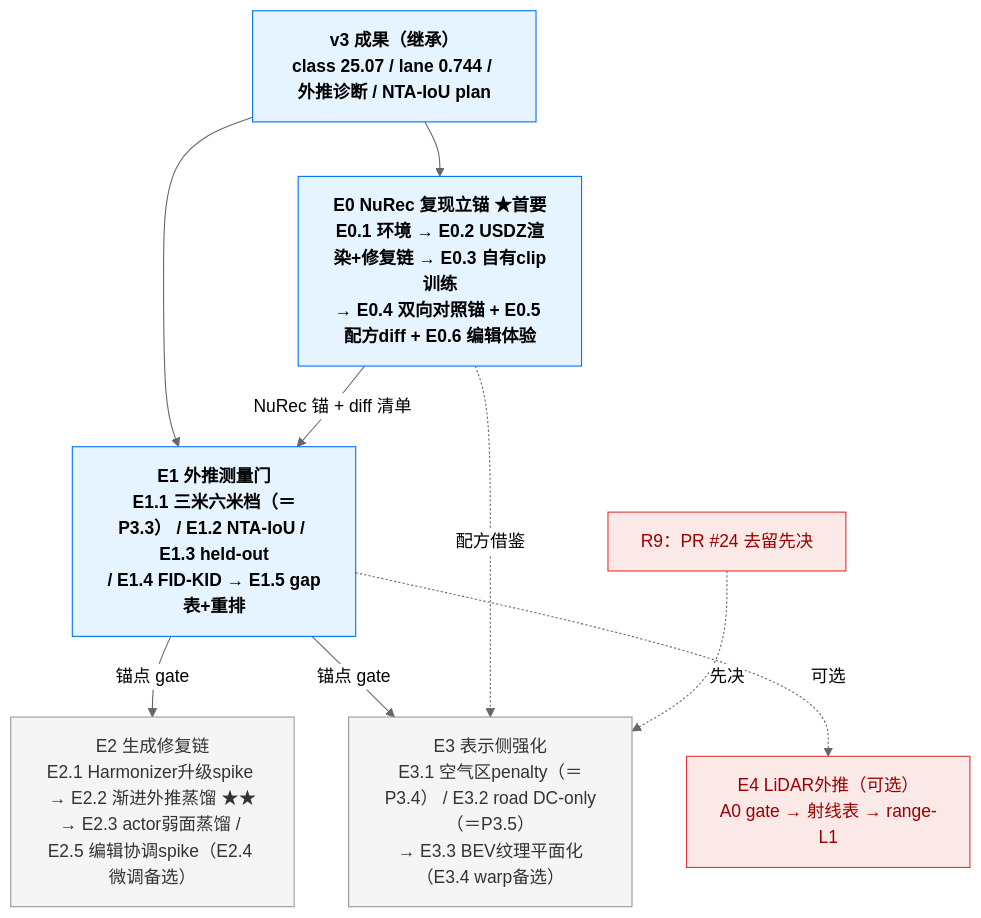
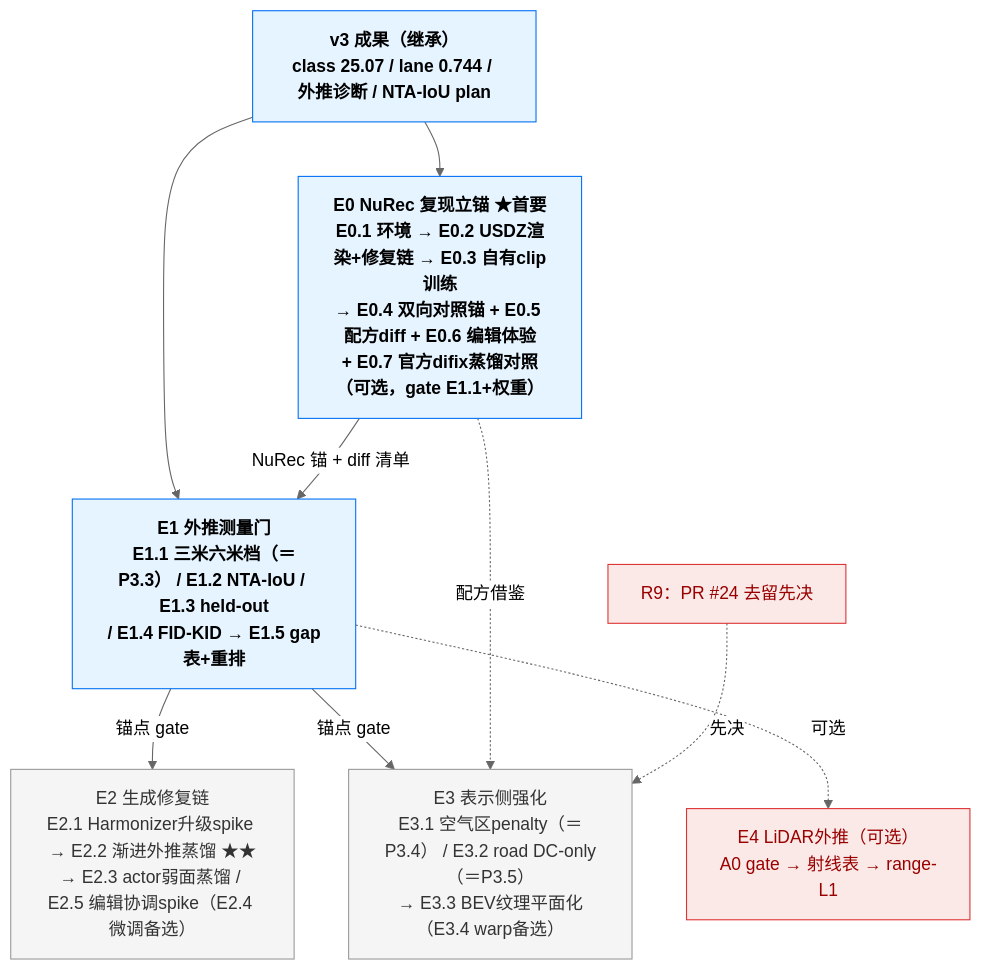
One commit to etendue/3dgrut changed the second of 2 diagrams in v4_plan.md. Above: the diagram before and after it, drawn with Mermaid (neutral theme). The commit also changed other lines of this file, not shown here.

````diff
--- a/v4_plan.md
+++ b/v4_plan.md
@@ -152,23 +154,23 @@
 ```mermaid
 flowchart TD
   classDef gate fill:#e6f4ff,stroke:#0070f3,color:#000,font-weight:bold
   classDef todo fill:#f5f5f5,stroke:#999,color:#333
   classDef opt fill:#fbe9e7,stroke:#d33,color:#900
 
   v3["v3 成果（继承）<br/>class 25.07 / lane 0.744 / 外推诊断 / NTA-IoU plan"]:::gate
-  E0["E0 NuRec 复现立锚 ★首要<br/>E0.1 环境 → E0.2 USDZ渲染+修复链 → E0.3 自有clip训练<br/>→ E0.4 双向对照锚 + E0.5 配方diff + E0.6 编辑体验"]:::gate
+  E0["E0 NuRec 复现立锚 ★首要<br/>E0.1 环境 → E0.2 USDZ渲染+修复链 → E0.3 自有clip训练<br/>→ E0.4 双向对照锚 + E0.5 配方diff + E0.6 编辑体验<br/>+ E0.7 官方difix蒸馏对照（可选，gate E1.1+权重）"]:::gate
   E1["E1 外推测量门<br/>E1.1 三米六米档（＝P3.3） / E1.2 NTA-IoU / E1.3 held-out<br/>/ E1.4 FID-KID → E1.5 gap表+重排"]:::gate
   E2["E2 生成修复链<br/>E2.1 Harmonizer升级spike → E2.2 渐进外推蒸馏 ★★<br/>→ E2.3 actor弱面蒸馏 / E2.5 编辑协调spike（E2.4 微调备选）"]:::todo
   E3["E3 表示侧强化<br/>E3.1 空气区penalty（＝P3.4） / E3.2 road DC-only（＝P3.5）<br/>→ E3.3 BEV纹理平面化（E3.4 warp备选）"]:::todo
   E4["E4 LiDAR外推（可选）<br/>A0 gate → 射线表 → range-L1"]:::opt
   PR24["R9：PR #24 去留先决"]:::opt
 
   v3 --> E0
   v3 --> E1
   E0 -->|NuRec 锚 + diff 清单| E1
   E1 -->|锚点 gate| E2
   E1 -->|锚点 gate| E3
   E0 -.配方借鉴.-> E3
   PR24 -.先决.-> E3
   E1 -.可选.-> E4
 ```
````
